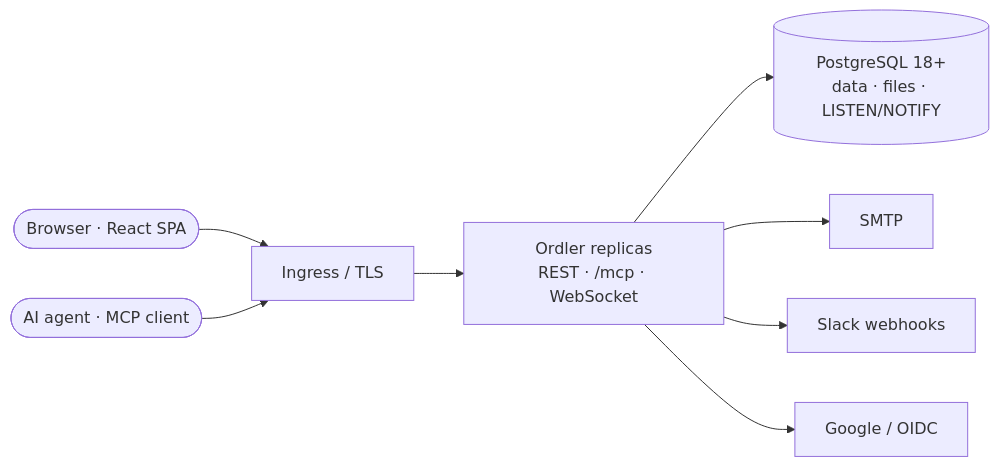
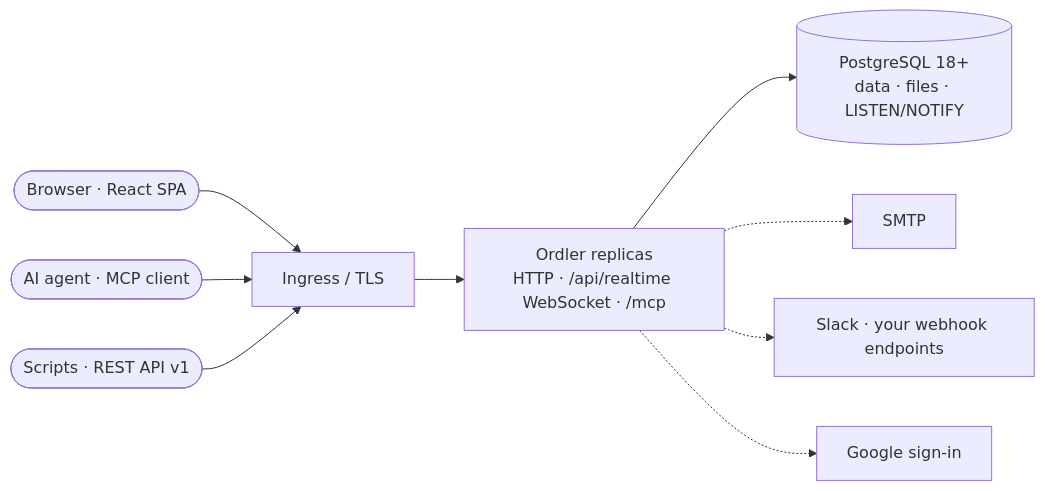
One commit to Elkhan-Isayev/ordler changed the second of 2 diagrams in README.md. Above: the diagram before and after it, drawn with Mermaid. The commit also changed other lines of this file and 3 other files, not shown here.

````diff
--- a/README.md
+++ b/README.md
@@ -105,10 +131,11 @@
 ```mermaid
 flowchart LR
     browser([Browser · React SPA]) --> ingress[Ingress / TLS]
     agent([AI agent · MCP client]) --> ingress
-    ingress --> app[Ordler replicas<br/>REST · /mcp · WebSocket]
+    scripts([Scripts · REST API v1]) --> ingress
+    ingress --> app[Ordler replicas<br/>HTTP · /api/realtime WebSocket · /mcp]
     app --> pg[(PostgreSQL 18+<br/>data · files · LISTEN/NOTIFY)]
-    app --> smtp[SMTP]
-    app --> slack[Slack webhooks]
-    app --> idp[Google / OIDC]
+    app -.-> smtp[SMTP]
+    app -.-> hooks[Slack · your webhook endpoints]
+    app -.-> idp[Google sign-in]
 ```
````
